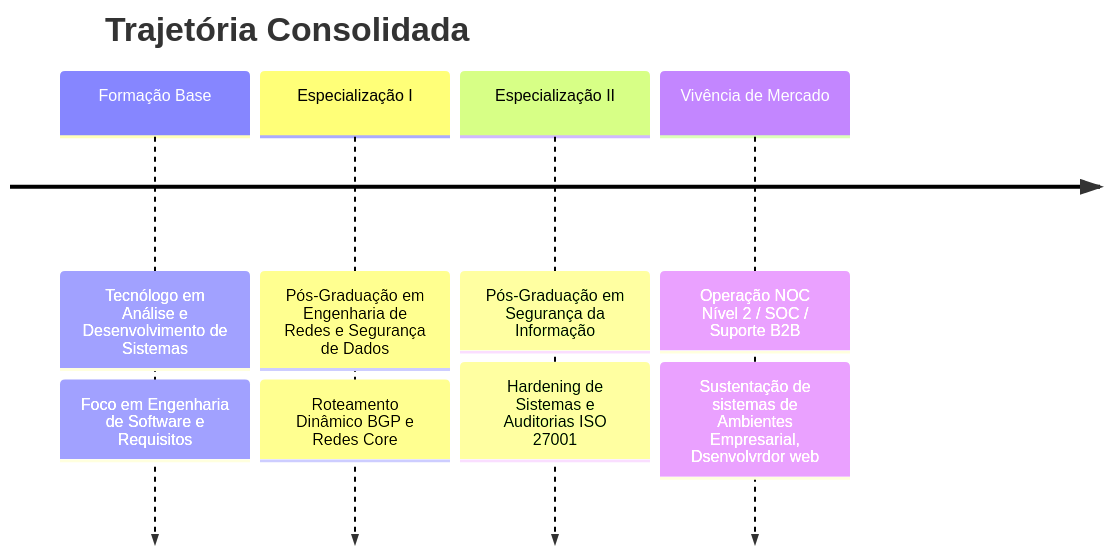
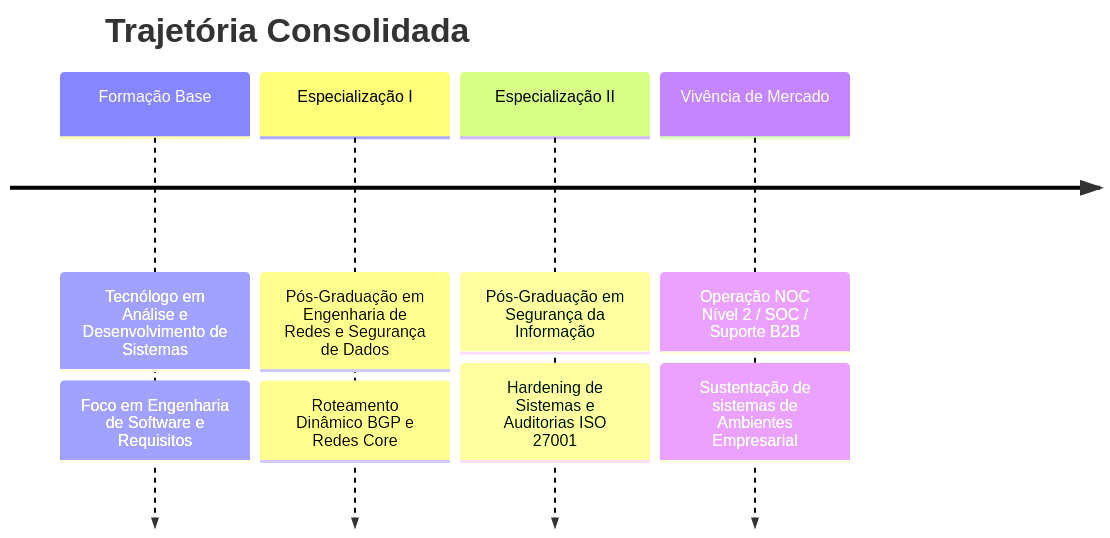
Before and after one commit to Flaviomota24/Flaviomota24: the diagram in README.md, drawn with Mermaid.

````diff
--- a/README.md
+++ b/README.md
@@ -28,8 +28,8 @@
 ```mermaid
 timeline
     title Trajetória Consolidada
     Formação Base : Tecnólogo em Análise e Desenvolvimento de Sistemas : Foco em Engenharia de Software e Requisitos
     Especialização I : Pós-Graduação em Engenharia de Redes e Segurança de Dados : Roteamento Dinâmico BGP e Redes Core
     Especialização II : Pós-Graduação em Segurança da Informação : Hardening de Sistemas e Auditorias ISO 27001
-    Vivência de Mercado : Operação NOC Nível 2 / SOC / Suporte B2B : Sustentação de sistemas de Ambientes Empresarial, Dsenvolvrdor web
+    Vivência de Mercado : Operação NOC Nível 2 / SOC / Suporte B2B : Sustentação de sistemas de Ambientes Empresarial
 ```
````
